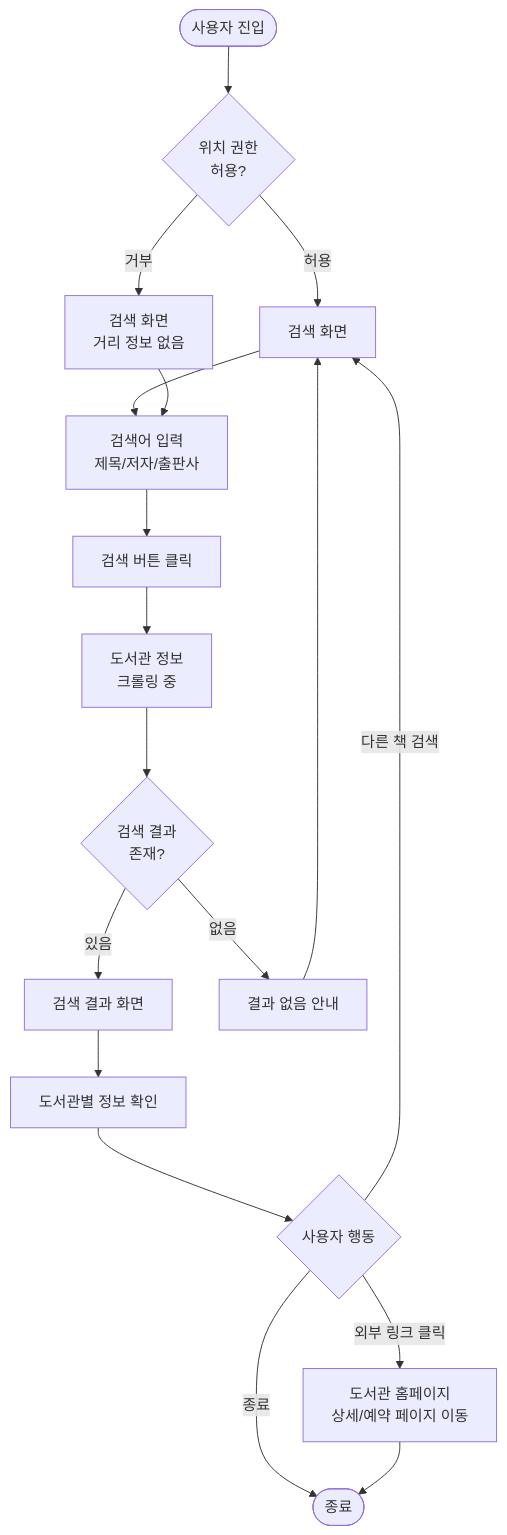
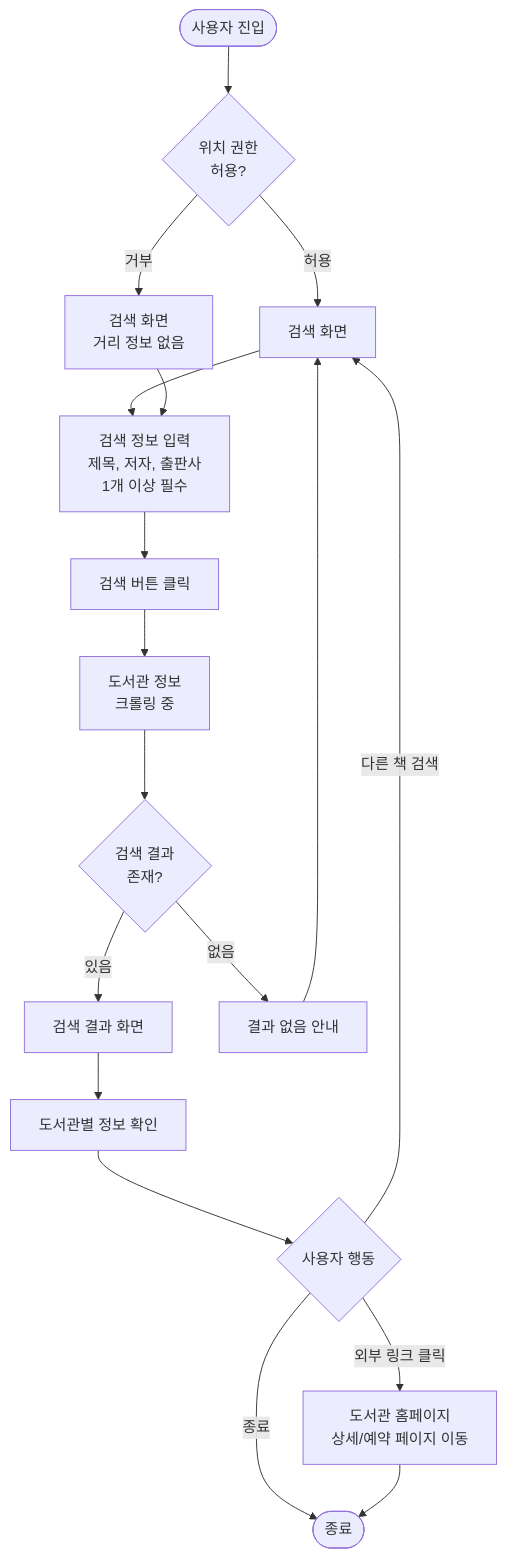
Before and after one commit to wrtn-edu-swu-bootcamp/project_13: the diagram in docs/service-proposal.md, drawn with Mermaid. The commit also changed other lines of this file and 1 other file, not shown here.

Commit message:
Update service proposal and wireframes for '책크' with finalized service name, improved search functionality, and detailed UI components.

````diff
--- a/docs/service-proposal.md
+++ b/docs/service-proposal.md
@@ -333,28 +340,28 @@
 ```mermaid
 flowchart TD
     Start([사용자 진입]) --> LocationPermission{위치 권한<br/>허용?}
     LocationPermission -->|허용| SearchPage[검색 화면]
     LocationPermission -->|거부| SearchPageNoLocation[검색 화면<br/>거리 정보 없음]
     
-    SearchPage --> InputSearch[검색어 입력<br/>제목/저자/출판사]
+    SearchPage --> InputSearch[검색 정보 입력<br/>제목, 저자, 출판사<br/>1개 이상 필수]
     SearchPageNoLocation --> InputSearch
     
     InputSearch --> ClickSearch[검색 버튼 클릭]
     ClickSearch --> Loading[도서관 정보<br/>크롤링 중]
     
     Loading --> HasResults{검색 결과<br/>존재?}
     
     HasResults -->|있음| ResultPage[검색 결과 화면]
     HasResults -->|없음| NoResult[결과 없음 안내]
     
     NoResult --> SearchPage
     
     ResultPage --> ViewLibrary[도서관별 정보 확인]
     ViewLibrary --> UserAction{사용자 행동}
     
     UserAction -->|외부 링크 클릭| ExternalLink[도서관 홈페이지<br/>상세/예약 페이지 이동]
     UserAction -->|다른 책 검색| SearchPage
     UserAction -->|종료| End([종료])
     
     ExternalLink --> End
 ```
````
